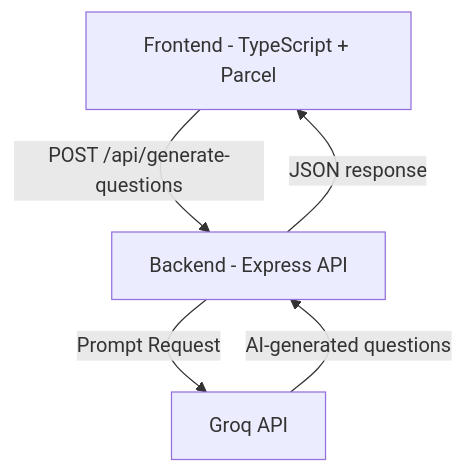
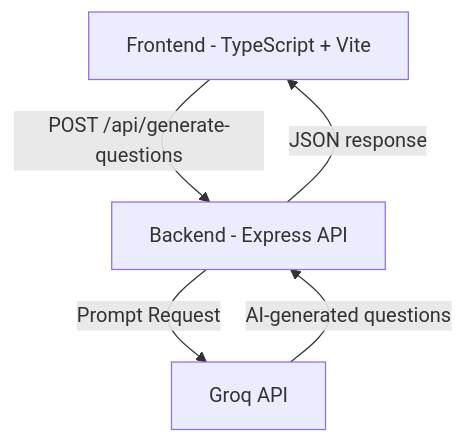
The diagram in README.md (azukauteh/interview-generator), drawn with Mermaid before and after one commit. The commit also changed other lines of this file and 7 other files, not shown here.

````diff
--- a/README.md
+++ b/README.md
@@ -93,11 +94,11 @@
 ```mermaid
 flowchart TD
-    A[Frontend - TypeScript + Parcel]
+    A[Frontend - TypeScript + Vite]
     B[Backend - Express API]
     C[Groq API]
     
     A -->|POST /api/generate-questions| B
     B -->|Prompt Request| C
     C -->|AI-generated questions| B
     B -->|JSON response| A
 ```
````
